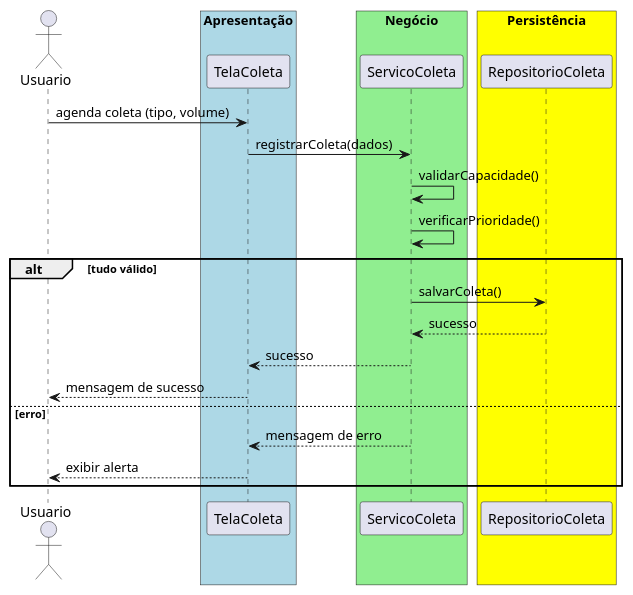
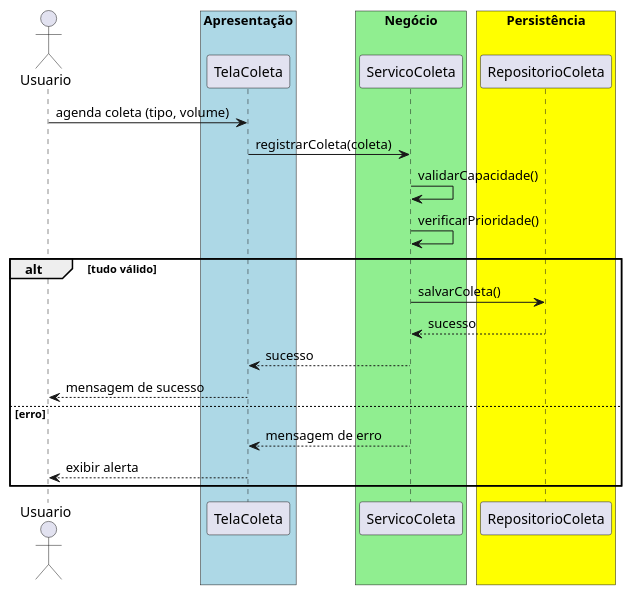
One commit to 20261-ifba-saj-ads-poo/blog changed the diagram in src/trabalhos/Trabalho34.md. Above: the diagram before and after it, drawn with PlantUML. The commit also changed other lines of this file and 35 other files, not shown here.

````diff
--- a/src/trabalhos/Trabalho34.md
+++ b/src/trabalhos/Trabalho34.md
@@ -29,27 +29,27 @@
-```plantuml
+```plantuml{kroki=true}
 @startuml
 actor Usuario
 box "Apresentação" #lightblue
     participant TelaColeta
 end box
 box "Negócio" #lightgreen
     participant ServicoColeta
 end box
 box "Persistência" #yellow
     participant RepositorioColeta
 end box
 Usuario -> TelaColeta : agenda coleta (tipo, volume)
-TelaColeta -> ServicoColeta : registrarColeta(dados)
+TelaColeta -> ServicoColeta : registrarColeta(coleta)
 ServicoColeta -> ServicoColeta : validarCapacidade()
 ServicoColeta -> ServicoColeta : verificarPrioridade()
 alt tudo válido
     ServicoColeta -> RepositorioColeta : salvarColeta()
     RepositorioColeta --> ServicoColeta : sucesso
     ServicoColeta --> TelaColeta : sucesso
     TelaColeta --> Usuario : mensagem de sucesso
 else erro
     ServicoColeta --> TelaColeta : mensagem de erro
     TelaColeta --> Usuario : exibir alerta
 end
 @enduml
 ```
````
